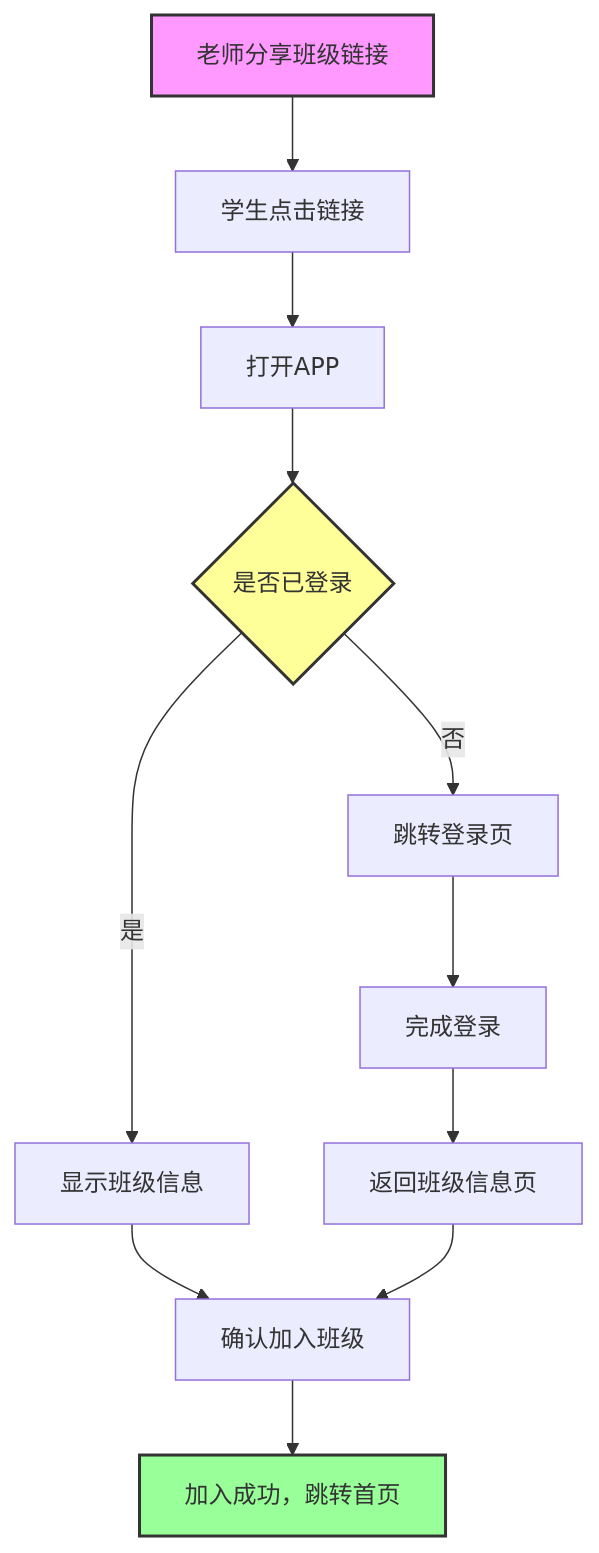
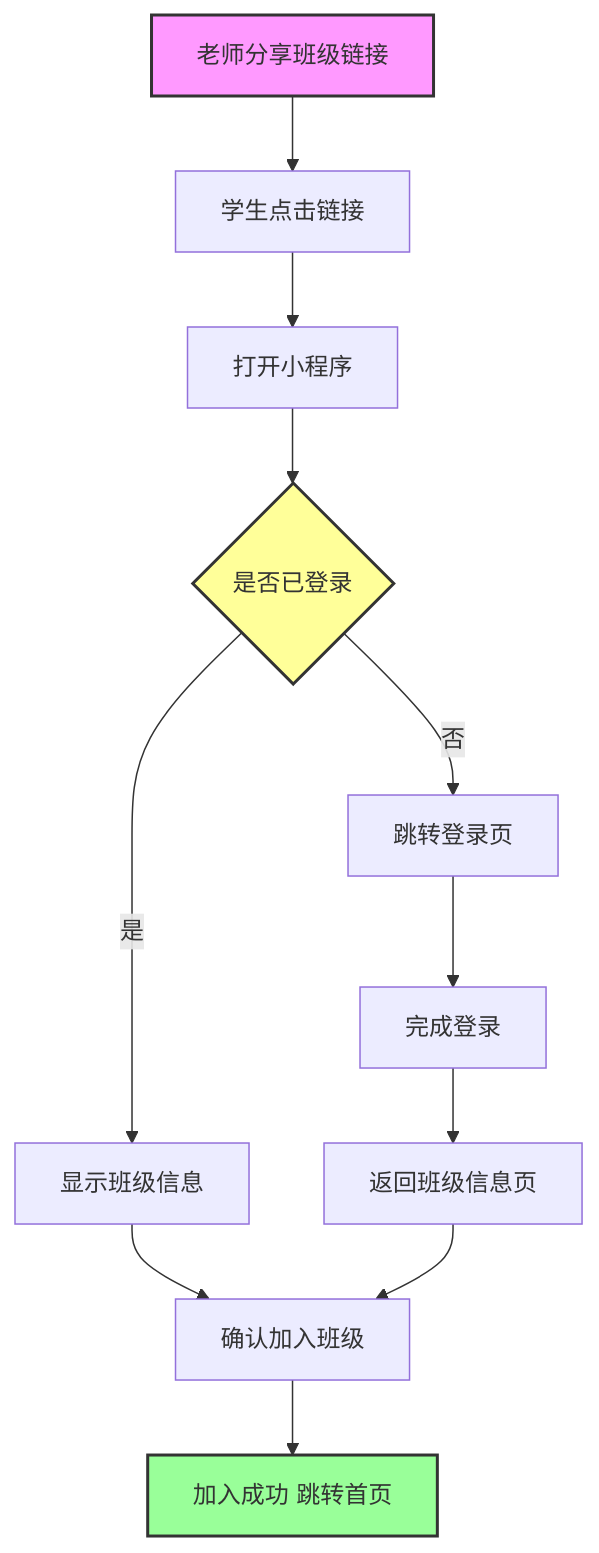
The fifth of 18 diagrams in 2-AI伴读V1.0/PRD文档/校校读吧学生端PRD_V1.0.md (22816523/math-kids), drawn with Mermaid before and after one commit. The commit also changed other lines of this file and 9 other files, not shown here.

````diff
--- a/2-AI伴读V1.0/PRD文档/校校读吧学生端PRD_V1.0.md
+++ b/2-AI伴读V1.0/PRD文档/校校读吧学生端PRD_V1.0.md
@@ -513,21 +512,21 @@
 ```mermaid
 graph TD
-    Start[老师分享班级链接] --> StudentClick[学生点击链接]
-    StudentClick --> OpenApp[打开APP]
-    OpenApp --> CheckLogin{是否已登录}
+    Start["老师分享班级链接"] --> StudentClick["学生点击链接"]
+    StudentClick --> OpenApp["打开小程序"]
+    OpenApp --> CheckLogin{"是否已登录"}
 
-    CheckLogin -->|是| ShowClassInfo[显示班级信息]
-    CheckLogin -->|否| GoLogin[跳转登录页]
+    CheckLogin -->|是| ShowClassInfo["显示班级信息"]
+    CheckLogin -->|否| GoLogin["跳转登录页"]
 
-    ShowClassInfo --> ConfirmJoin[确认加入班级]
-    GoLogin --> FinishLogin[完成登录]
+    ShowClassInfo --> ConfirmJoin["确认加入班级"]
+    GoLogin --> FinishLogin["完成登录"]
 
-    ConfirmJoin --> JoinSuccess[加入成功，跳转首页]
-    FinishLogin --> BackToClass[返回班级信息页]
+    ConfirmJoin --> JoinSuccess["加入成功 跳转首页"]
+    FinishLogin --> BackToClass["返回班级信息页"]
 
     BackToClass --> ConfirmJoin
 
     style Start fill:#f9f,stroke:#333,stroke-width:2px
     style CheckLogin fill:#ff9,stroke:#333,stroke-width:2px
     style JoinSuccess fill:#9f9,stroke:#333,stroke-width:2px
 ```
````
